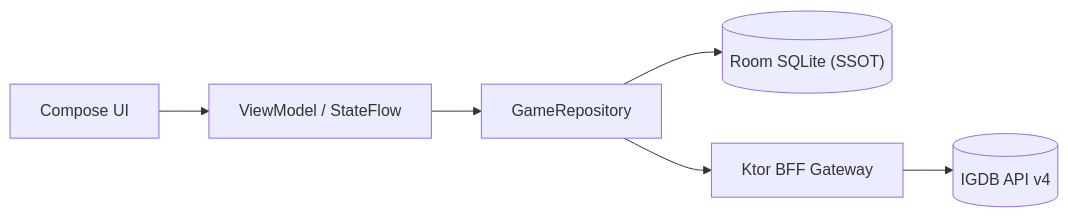
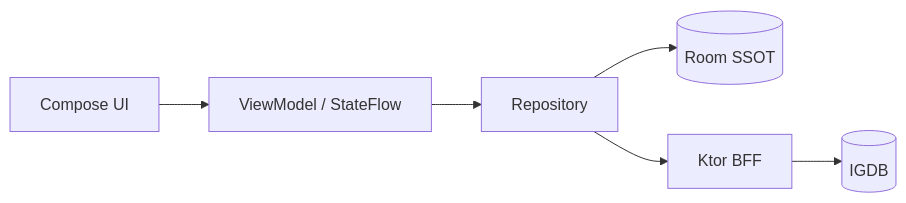
One commit to TypeNil/game-tracker-app changed the diagram in README.md. Above: the diagram before and after it, drawn with Mermaid. The commit also changed other lines of this file, not shown here.

````diff
--- a/README.md
+++ b/README.md
@@ -67,8 +73,8 @@
 ```mermaid
 flowchart LR
     UI["Compose UI"] --> VM["ViewModel / StateFlow"]
-    VM --> Repo["GameRepository"]
-    Repo --> DB[("Room SQLite (SSOT)")]
-    Repo --> BFF["Ktor BFF Gateway"]
-    BFF --> IGDB[("IGDB API v4")]
+    VM --> Repo["Repository"]
+    Repo --> DB[("Room SSOT")]
+    Repo --> BFF["Ktor BFF"]
+    BFF --> IGDB[("IGDB")]
 ```
````
